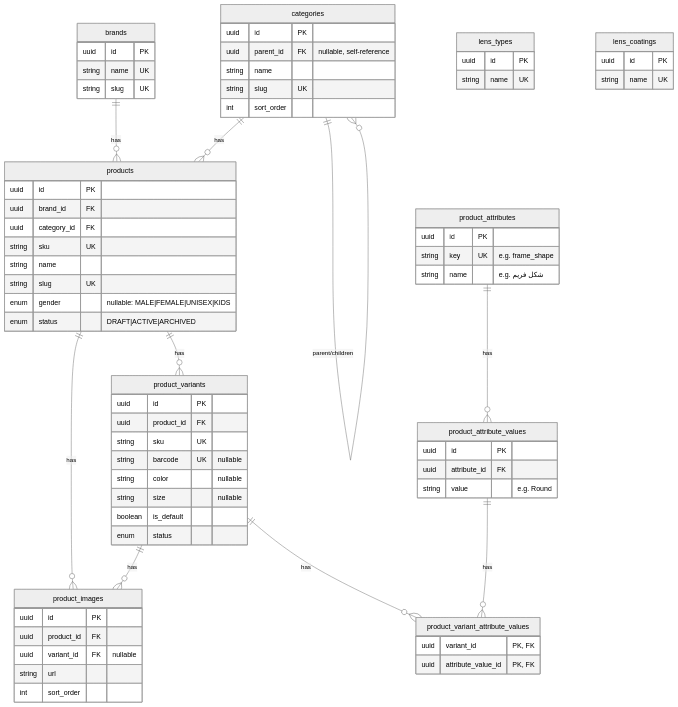
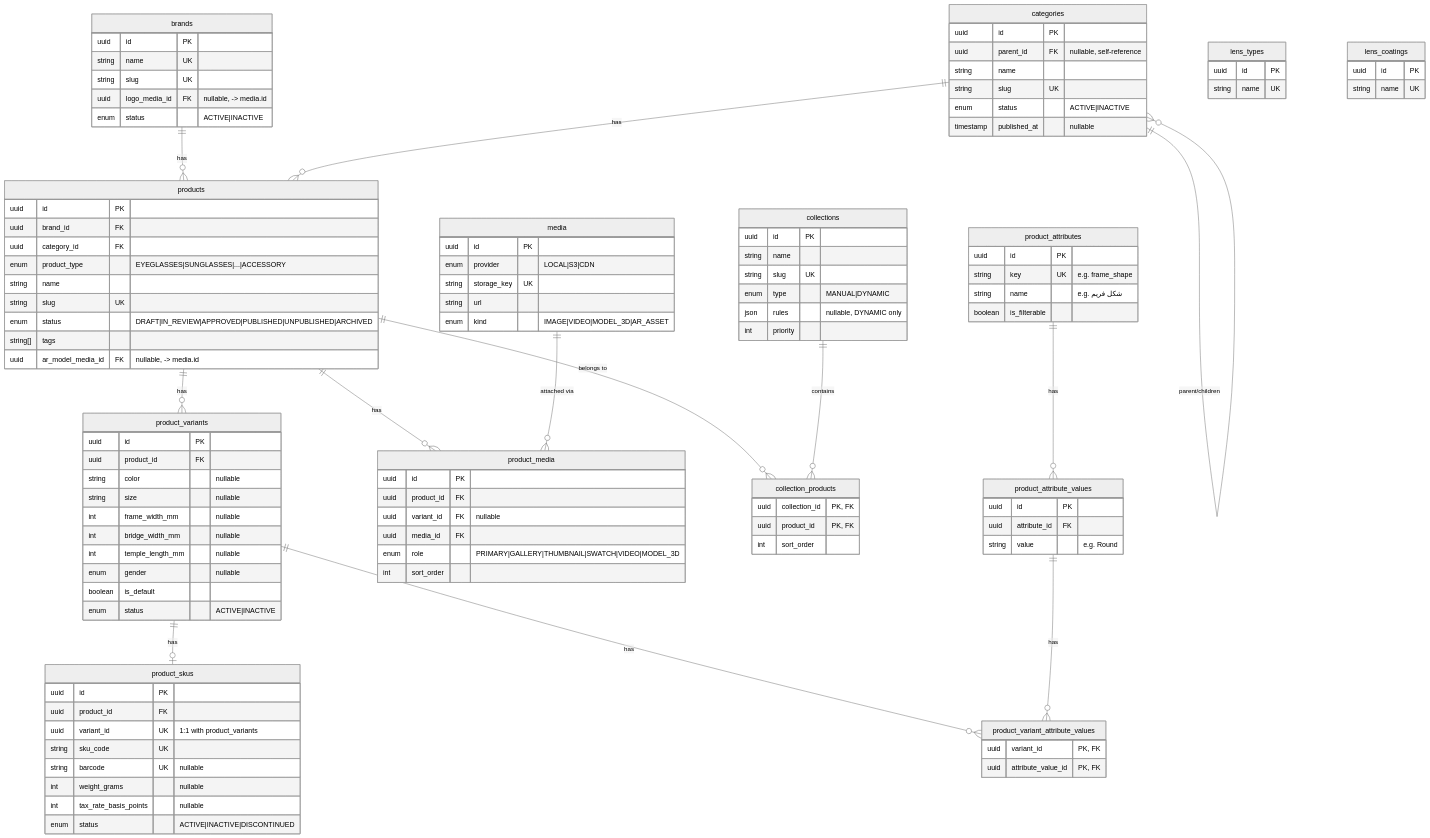
Before and after one commit to HuseinHbz/Didar: the fourth of 12 diagrams in docs/database/erd.md, drawn with Mermaid (neutral theme). The commit also changed other lines of this file and 12 other files, not shown here.

```diff
--- a/docs/database/erd.md
+++ b/docs/database/erd.md
@@ -247,8 +259,11 @@
     categories ||--o{ products : has
     categories ||--o{ categories : "parent/children"
     products ||--o{ product_variants : has
-    products ||--o{ product_images : has
-    product_variants ||--o{ product_images : has
+    product_variants ||--o| product_skus : has
+    products ||--o{ product_media : has
+    media ||--o{ product_media : "attached via"
+    products ||--o{ collection_products : "belongs to"
+    collections ||--o{ collection_products : contains
     product_attributes ||--o{ product_attribute_values : has
     product_variants ||--o{ product_variant_attribute_values : has
     product_attribute_values ||--o{ product_variant_attribute_values : has
@@ -257,38 +272,68 @@
         uuid id PK
         string name UK
         string slug UK
+        uuid logo_media_id FK "nullable, -> media.id"
+        enum status "ACTIVE|INACTIVE"
     }
     categories {
         uuid id PK
         uuid parent_id FK "nullable, self-reference"
         string name
         string slug UK
+        enum status "ACTIVE|INACTIVE"
+        timestamp published_at "nullable"
+    }
+    collections {
+        uuid id PK
+        string name
+        string slug UK
+        enum type "MANUAL|DYNAMIC"
+        json rules "nullable, DYNAMIC only"
+        int priority
+    }
+    collection_products {
+        uuid collection_id "PK, FK"
+        uuid product_id "PK, FK"
         int sort_order
     }
     products {
         uuid id PK
         uuid brand_id FK
         uuid category_id FK
-        string sku UK
+        enum product_type "EYEGLASSES|SUNGLASSES|...|ACCESSORY"
         string name
         string slug UK
-        enum gender "nullable: MALE|FEMALE|UNISEX|KIDS"
-        enum status "DRAFT|ACTIVE|ARCHIVED"
+        enum status "DRAFT|IN_REVIEW|APPROVED|PUBLISHED|UNPUBLISHED|ARCHIVED"
+        string[] tags
+        uuid ar_model_media_id FK "nullable, -> media.id"
     }
     product_variants {
         uuid id PK
         uuid product_id FK
-        string sku UK
-        string barcode UK "nullable"
         string color "nullable"
         string size "nullable"
+        int frame_width_mm "nullable"
+        int bridge_width_mm "nullable"
+        int temple_length_mm "nullable"
+        enum gender "nullable"
         boolean is_default
-        enum status
+        enum status "ACTIVE|INACTIVE"
+    }
+    product_skus {
+        uuid id PK
+        uuid product_id FK
+        uuid variant_id UK "1:1 with product_variants"
+        string sku_code UK
+        string barcode UK "nullable"
+        int weight_grams "nullable"
+        int tax_rate_basis_points "nullable"
+        enum status "ACTIVE|INACTIVE|DISCONTINUED"
     }
     product_attributes {
         uuid id PK
         string key UK "e.g. frame_shape"
         string name "e.g. شکل فریم"
+        boolean is_filterable
     }
     product_attribute_values {
         uuid id PK
@@ -299,11 +344,19 @@
         uuid variant_id "PK, FK"
         uuid attribute_value_id "PK, FK"
     }
-    product_images {
+    media {
+        uuid id PK
+        enum provider "LOCAL|S3|CDN"
+        string storage_key UK
+        string url
+        enum kind "IMAGE|VIDEO|MODEL_3D|AR_ASSET"
+    }
+    product_media {
         uuid id PK
         uuid product_id FK
         uuid variant_id FK "nullable"
-        string url
+        uuid media_id FK
+        enum role "PRIMARY|GALLERY|THUMBNAIL|SWATCH|VIDEO|MODEL_3D"
         int sort_order
     }
     lens_types {
```
